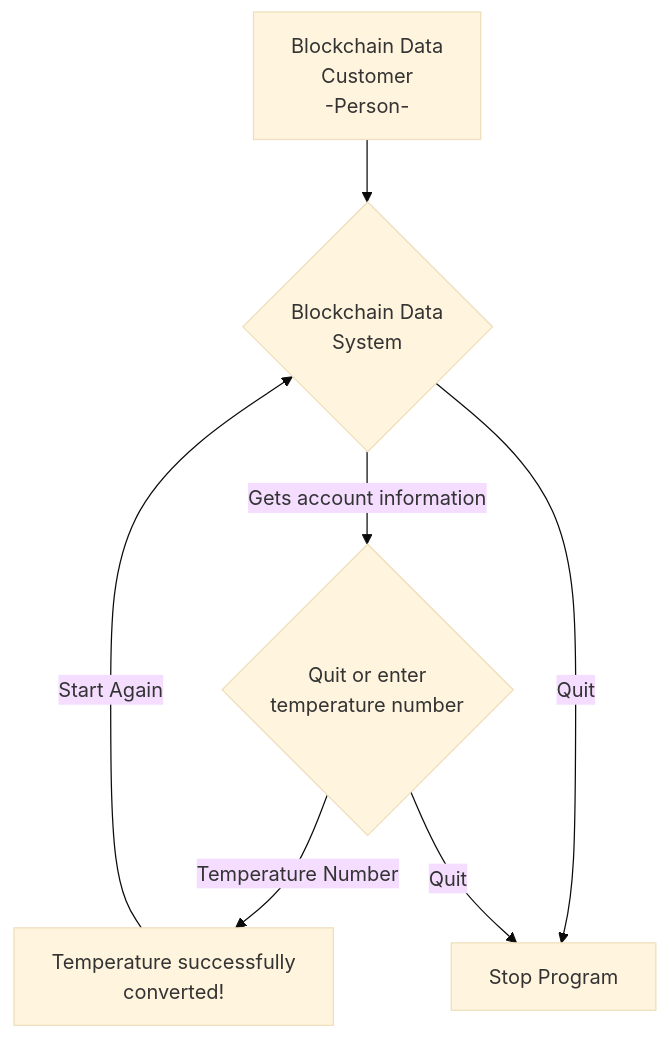
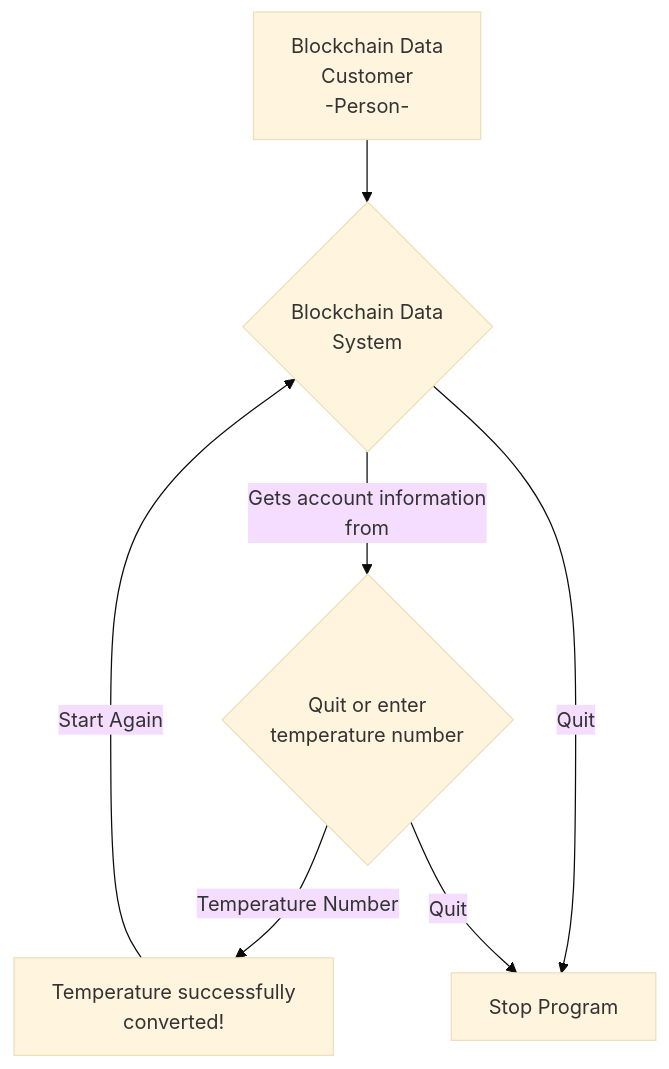
One commit to patmcfarland/one changed the diagram in README.md. Above: the diagram before and after it, drawn with Mermaid (base theme).

````diff
--- a/README.md
+++ b/README.md
@@ -1,9 +1,9 @@
 ```mermaid
 flowchart TB
 A[Blockchain Data<br>Customer<br>-Person-] -->B{Blockchain Data<br>System}
-B -- Gets account information --> C{Quit or enter<br>temperature number} 
+B -- Gets account information<br>from --> C{Quit or enter<br>temperature number} 
 C -- Temperature Number --> D[Temperature successfully<br>converted!] 
 D -- Start Again -->B
 B -- Quit --> E[Stop Program]
 C -- Quit --> E
 ```
````
